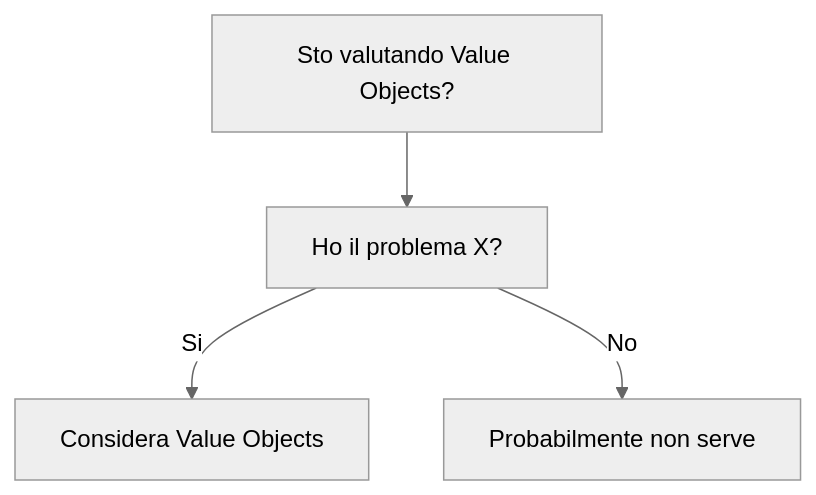
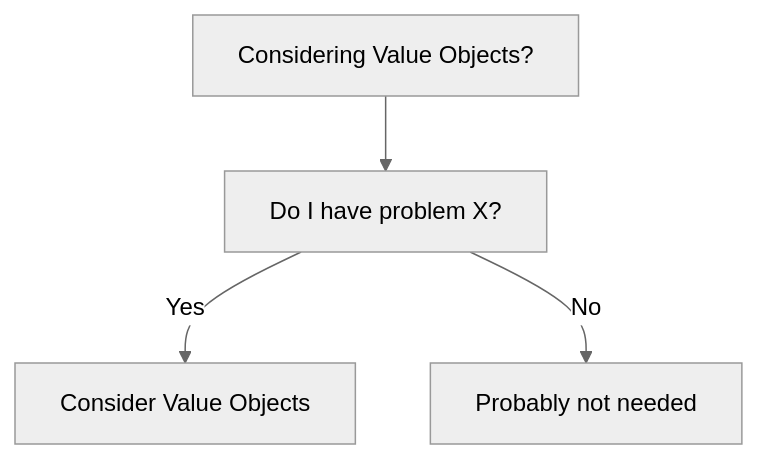
One commit to HxT9/Software-Dev-Wiki changed the diagram in dev-wiki/20_DDD/Value_Objects/When_To_Use.md. Above: the diagram before and after it, drawn with Mermaid (neutral theme). The commit also changed other lines of this file and 3444 other files, not shown here.

````diff
--- a/dev-wiki/20_DDD/Value_Objects/When_To_Use.md
+++ b/dev-wiki/20_DDD/Value_Objects/When_To_Use.md
@@ -19,6 +19,6 @@
 ```mermaid
 flowchart TD
-  Q[Sto valutando Value Objects?] --> Q1[Ho il problema X?]
-  Q1 -->|Si| OK[Considera Value Objects]
-  Q1 -->|No| NO[Probabilmente non serve]
+  Q[Considering Value Objects?] --> Q1[Do I have problem X?]
+  Q1 -->|Yes| OK[Consider Value Objects]
+  Q1 -->|No| NO[Probably not needed]
 ```
````
